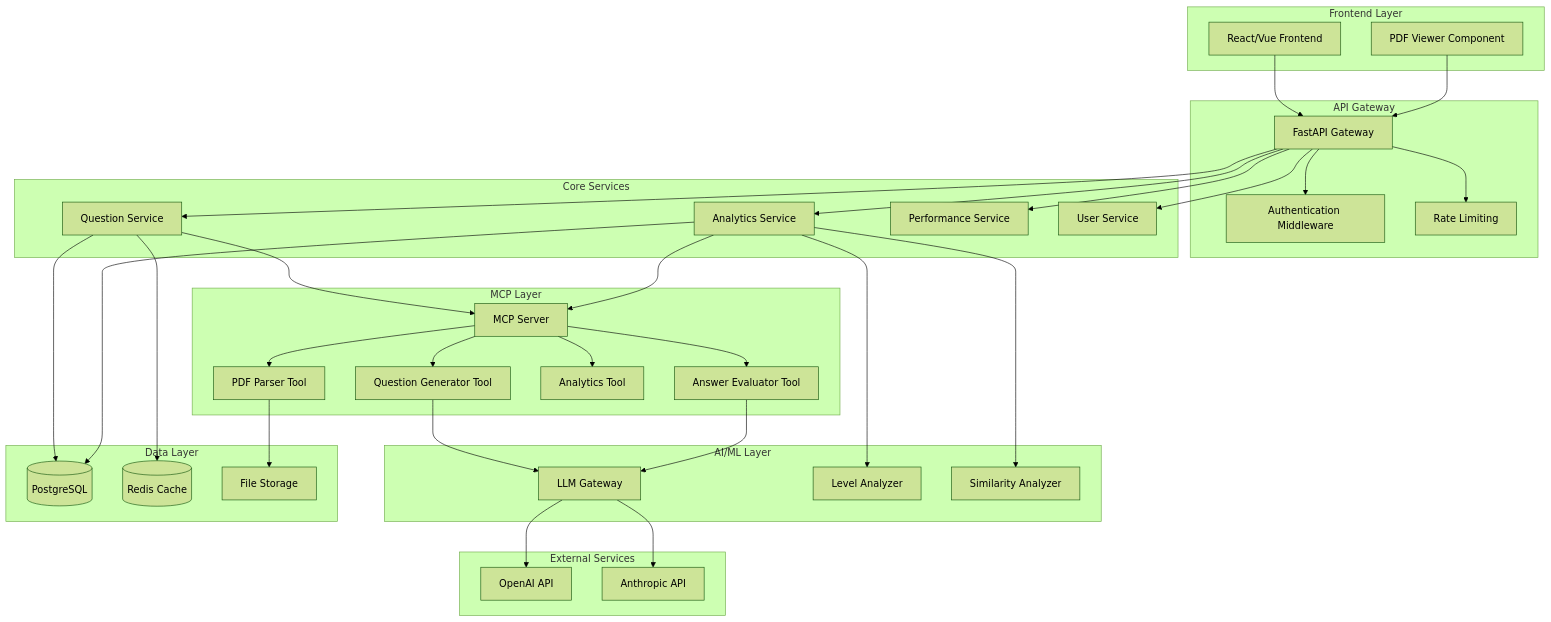
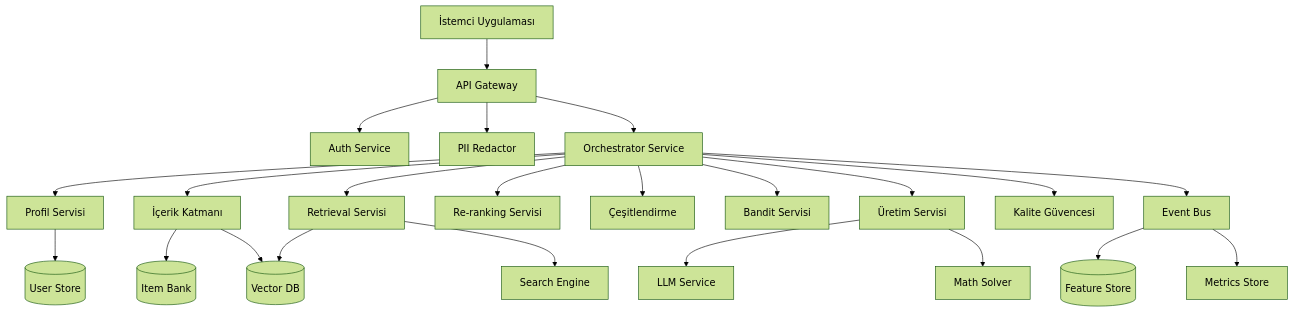
Before and after one commit to ElanurBUZLUK/yoladgu: the diagram in .kiro/specs/adaptive-question-system/design.md, drawn with Mermaid (forest theme). The commit also changed other lines of this file and 87 other files, not shown here.

````diff
--- a/.kiro/specs/adaptive-question-system/design.md
+++ b/.kiro/specs/adaptive-question-system/design.md
@@ -11,75 +11,28 @@
 ```mermaid
 graph TB
-    subgraph "Frontend Layer"
-        UI[React/Vue Frontend]
-        PDF[PDF Viewer Component]
-    end
+    Client[İstemci Uygulaması] --> Gateway[API Gateway]
+    Gateway --> Auth[Auth Service]
+    Gateway --> PII[PII Redactor]
+    Gateway --> Orchestrator[Orchestrator Service]
     
-    subgraph "API Gateway"
-        API[FastAPI Gateway]
-        AUTH[Authentication Middleware]
-        RATE[Rate Limiting]
-    end
+    Orchestrator --> Profile[Profil Servisi]
+    Orchestrator --> Content[İçerik Katmanı]
+    Orchestrator --> Retrieval[Retrieval Servisi]
+    Orchestrator --> Rerank[Re-ranking Servisi]
+    Orchestrator --> Diversify[Çeşitlendirme]
+    Orchestrator --> Bandit[Bandit Servisi]
+    Orchestrator --> Generation[Üretim Servisi]
+    Orchestrator --> QA[Kalite Güvencesi]
     
-    subgraph "Core Services"
-        QS[Question Service]
-        AS[Analytics Service]
-        PS[Performance Service]
-        US[User Service]
-    end
+    Profile --> UserStore[(User Store)]
+    Content --> ItemBank[(Item Bank)]
+    Content --> VectorDB[(Vector DB)]
+    Retrieval --> VectorDB
+    Retrieval --> SearchEngine[Search Engine]
+    Generation --> LLM[LLM Service]
+    Generation --> Solver[Math Solver]
     
-    subgraph "MCP Layer"
-        MCP_SERVER[MCP Server]
-        QG_TOOL[Question Generator Tool]
-        EVAL_TOOL[Answer Evaluator Tool]
-        ANALYTICS_TOOL[Analytics Tool]
-        PDF_TOOL[PDF Parser Tool]
-    end
-    
-    subgraph "AI/ML Layer"
-        LLM[LLM Gateway]
-        LA[Level Analyzer]
-        SA[Similarity Analyzer]
-    end
-    
-    subgraph "Data Layer"
-        DB[(PostgreSQL)]
-        CACHE[(Redis Cache)]
-        FILES[File Storage]
-    end
-    
-    subgraph "External Services"
-        OPENAI[OpenAI API]
-        ANTHROPIC[Anthropic API]
-    end
-    
-    UI --> API
-    PDF --> API
-    API --> AUTH
-    API --> RATE
-    API --> QS
-    API --> AS
-    API --> PS
-    API --> US
-    
-    QS --> MCP_SERVER
-    QS --> DB
-    QS --> CACHE
-    
-    AS --> MCP_SERVER
-    AS --> LA
-    AS --> SA
-    AS --> DB
-    
-    MCP_SERVER --> QG_TOOL
-    MCP_SERVER --> EVAL_TOOL
-    MCP_SERVER --> ANALYTICS_TOOL
-    MCP_SERVER --> PDF_TOOL
-    
-    QG_TOOL --> LLM
-    EVAL_TOOL --> LLM
-    LLM --> OPENAI
-    LLM --> ANTHROPIC
-    
-    PDF_TOOL --> FILES
+    Orchestrator --> EventBus[Event Bus]
+    EventBus --> FeatureStore[(Feature Store)]
+    EventBus --> Metrics[Metrics Store]
 ```
````
